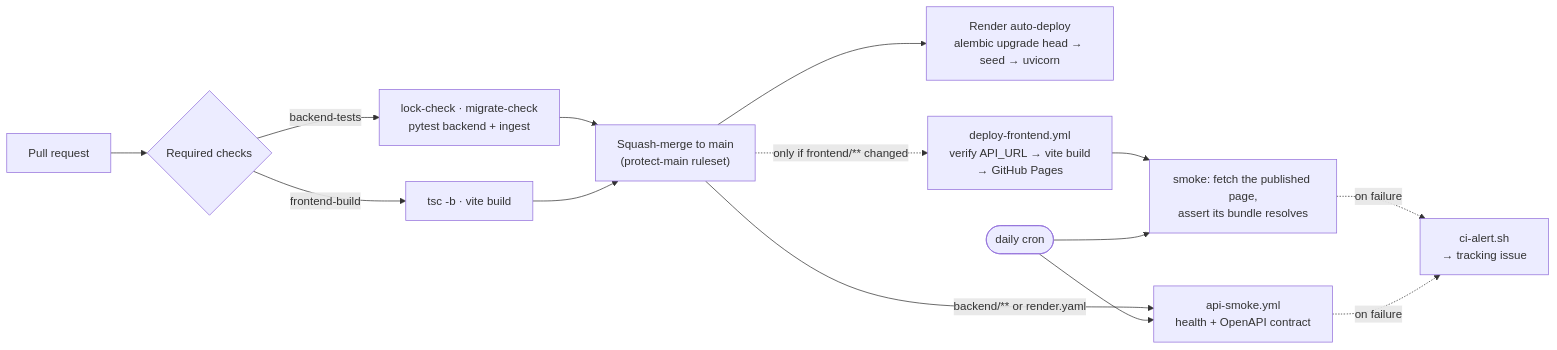
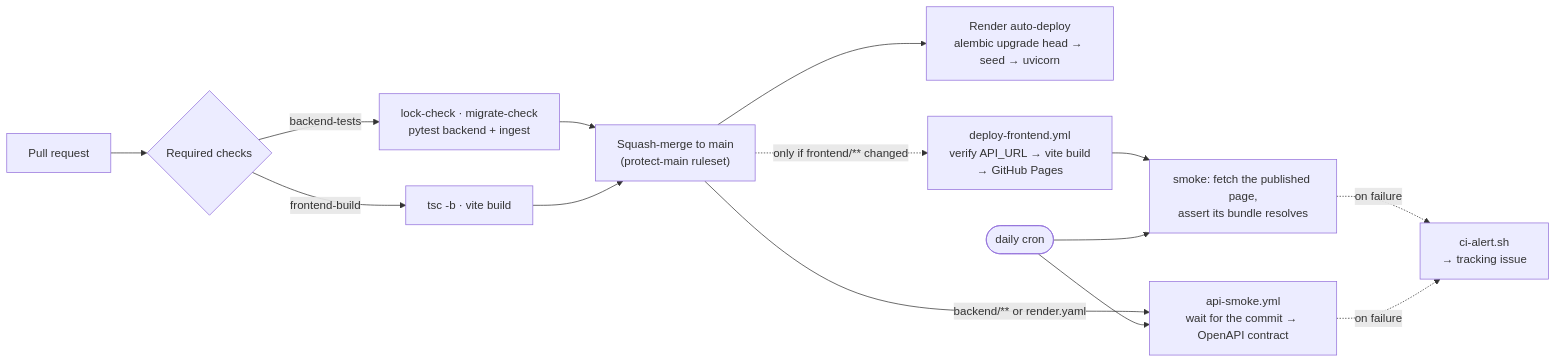
One commit to llevintza/energlens changed the fifth of 6 diagrams in docs/architecture.md. Above: the diagram before and after it, drawn with Mermaid. The commit also changed other lines of this file and 10 other files, not shown here.

First line of the commit message:
Make api-smoke wait until the deployed commit matches main's backend (#105)

````diff
--- a/docs/architecture.md
+++ b/docs/architecture.md
@@ -212,15 +212,15 @@
 ```mermaid
 flowchart LR
     PR["Pull request"] --> CI{"Required checks"}
     CI -->|backend-tests| T1["lock-check · migrate-check<br/>pytest backend + ingest"]
     CI -->|frontend-build| T2["tsc -b · vite build"]
     T1 & T2 --> M["Squash-merge to main<br/>(protect-main ruleset)"]
     M --> D1["Render auto-deploy<br/>alembic upgrade head → seed → uvicorn"]
-    M -->|"backend/** or render.yaml"| AS["api-smoke.yml<br/>health + OpenAPI contract"]
+    M -->|"backend/** or render.yaml"| AS["api-smoke.yml<br/>wait for the commit → OpenAPI contract"]
     M -.->|"only if frontend/** changed"| D2["deploy-frontend.yml<br/>verify API_URL → vite build<br/>→ GitHub Pages"]
     D2 --> S["smoke: fetch the published page,<br/>assert its bundle resolves"]
     CRON(["daily cron"]) --> S
     CRON --> AS
     S -.->|on failure| A["ci-alert.sh<br/>→ tracking issue"]
     AS -.->|on failure| A
 ```
````
